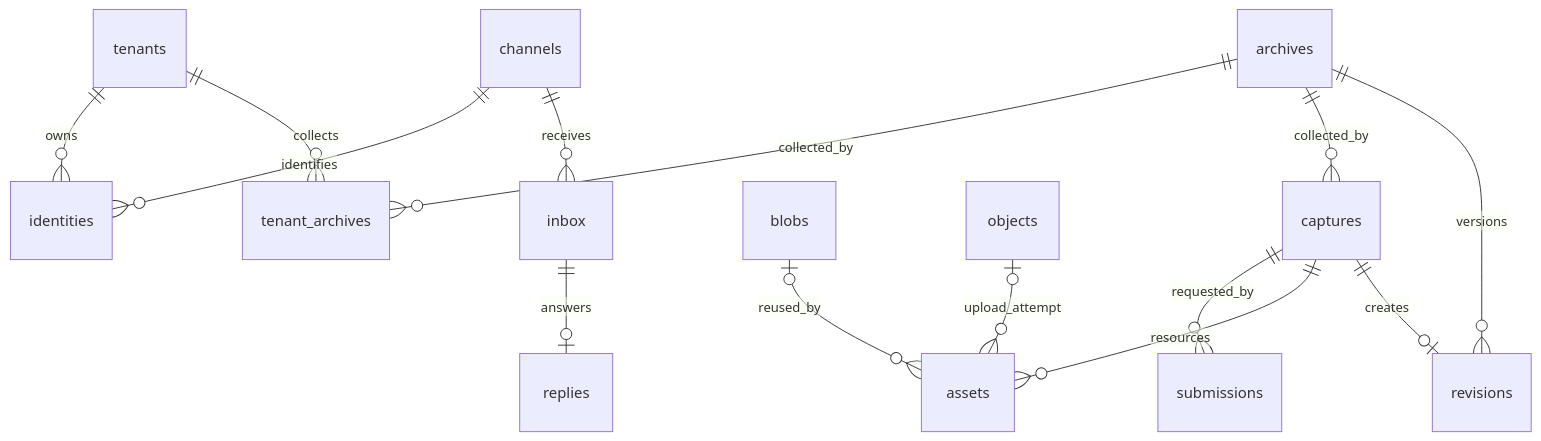
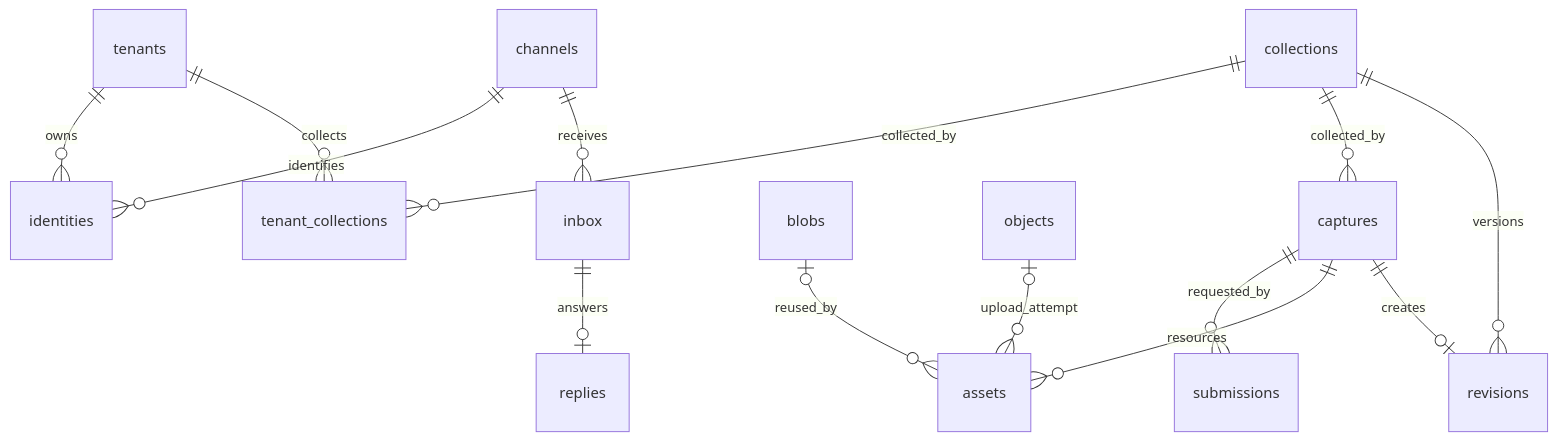
Before and after one commit to sxzz/midden: the second of 2 diagrams in docs/architecture.md, drawn with Mermaid. The commit also changed other lines of this file and 118 other files, not shown here.

````diff
--- a/docs/architecture.md
+++ b/docs/architecture.md
@@ -75,16 +76,16 @@
 ```mermaid
 erDiagram
     tenants ||--o{ identities : owns
     channels ||--o{ identities : identifies
-    tenants ||--o{ tenant_archives : collects
-    archives ||--o{ tenant_archives : collected_by
-    archives ||--o{ captures : collected_by
-    archives ||--o{ revisions : versions
+    tenants ||--o{ tenant_collections : collects
+    collections ||--o{ tenant_collections : collected_by
+    collections ||--o{ captures : collected_by
+    collections ||--o{ revisions : versions
     captures ||--o{ submissions : requested_by
     captures ||--o{ assets : resources
     captures ||--o| revisions : creates
     blobs o|--o{ assets : reused_by
     objects o|--o{ assets : upload_attempt
     channels ||--o{ inbox : receives
     inbox ||--o| replies : answers
 ```
````
